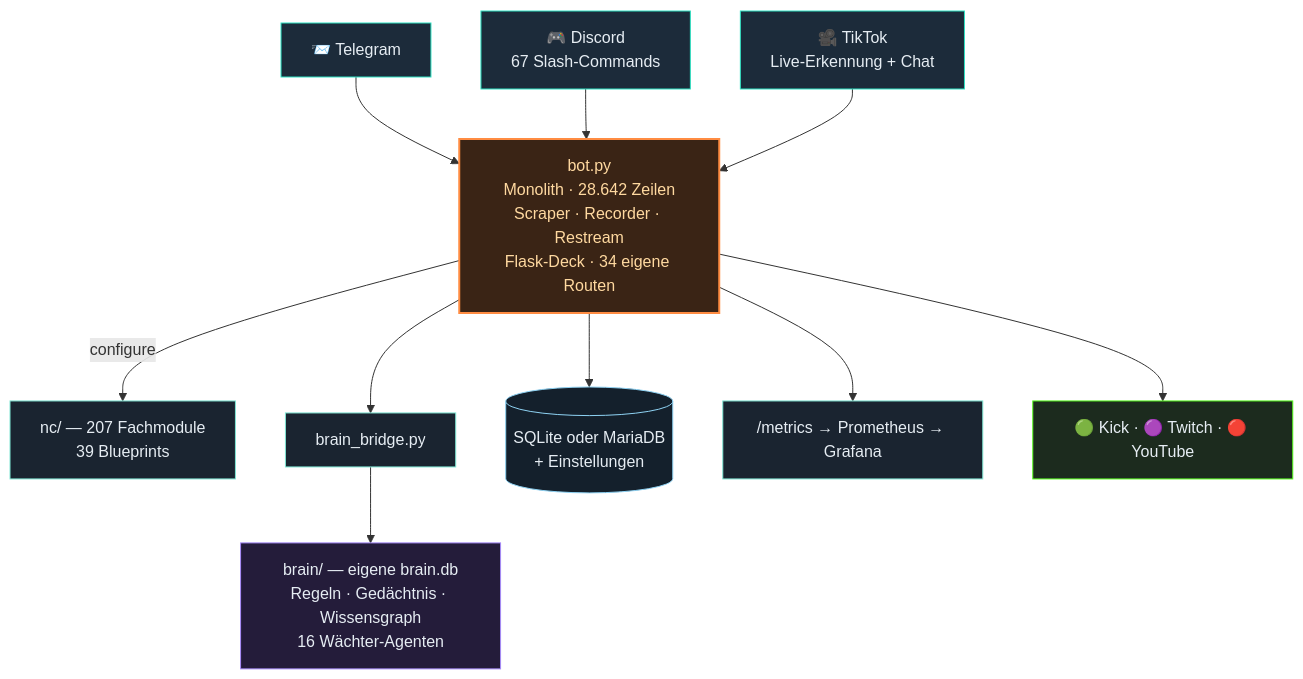
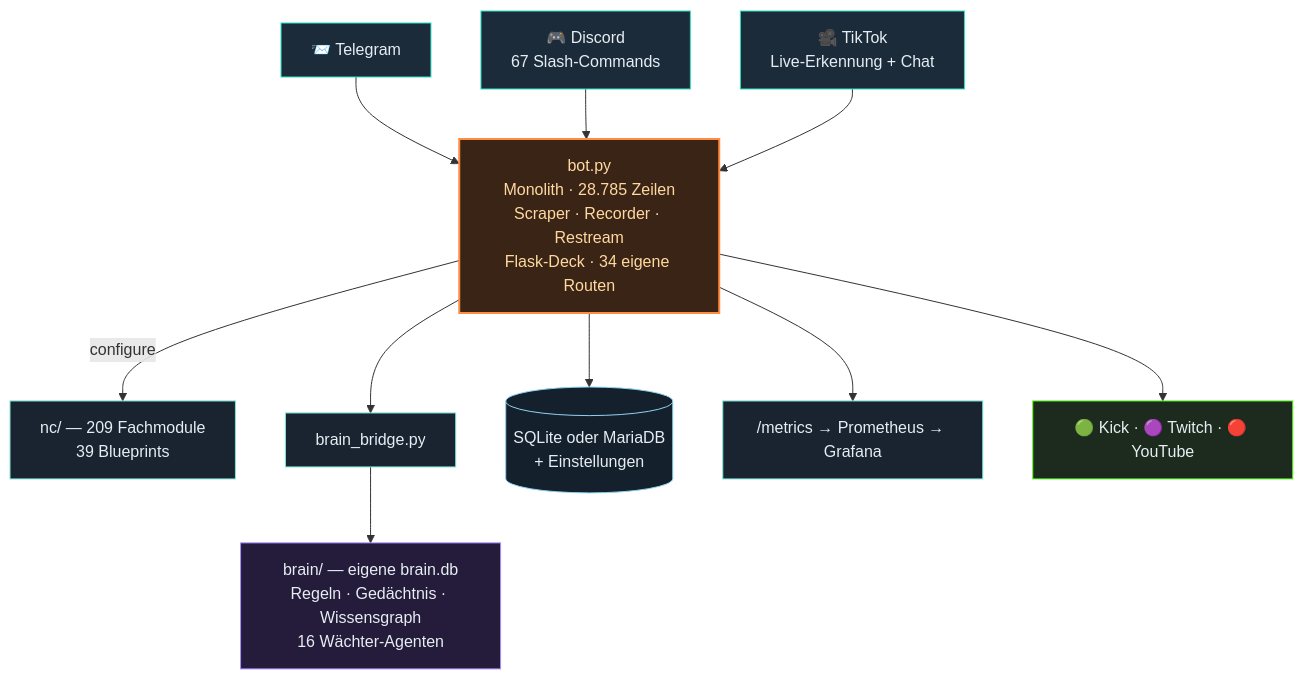
One commit to itsamemedev/Telegram-Stream-Info-Bot changed the second of 3 diagrams in README.md. Above: the diagram before and after it, drawn with Mermaid. The commit also changed other lines of this file and 21 other files, not shown here.

````diff
--- a/README.md
+++ b/README.md
@@ -118,19 +118,19 @@
 ```mermaid
 flowchart TB
     TG["📨 Telegram"]:::ein --> BOT
     DC["🎮 Discord<br/>67 Slash-Commands"]:::ein --> BOT
     TT["🎥 TikTok<br/>Live-Erkennung + Chat"]:::ein --> BOT
-    BOT["bot.py<br/>Monolith · 28.642 Zeilen<br/>Scraper · Recorder · Restream<br/>Flask-Deck · 34 eigene Routen"]:::core
-    BOT -->|configure| NC["nc/ — 207 Fachmodule<br/>39 Blueprints"]:::lib
+    BOT["bot.py<br/>Monolith · 28.785 Zeilen<br/>Scraper · Recorder · Restream<br/>Flask-Deck · 34 eigene Routen"]:::core
+    BOT -->|configure| NC["nc/ — 209 Fachmodule<br/>39 Blueprints"]:::lib
     BOT --> BR["brain_bridge.py"]:::lib
     BR --> BRAIN["brain/ — eigene brain.db<br/>Regeln · Gedächtnis · Wissensgraph<br/>16 Wächter-Agenten"]:::brain
     BOT --> DB[("SQLite oder MariaDB<br/>+ Einstellungen")]:::db
     BOT --> PROM["/metrics → Prometheus → Grafana"]:::lib
     BOT --> OUT["🟢 Kick · 🟣 Twitch · 🔴 YouTube"]:::out
     classDef ein fill:#1c2b3a,stroke:#2de1c2,color:#e6edf3
     classDef core fill:#3a2415,stroke:#ff8c42,stroke-width:2px,color:#ffd9a0
     classDef lib fill:#1a2430,stroke:#7fe7d4,color:#e6edf3
     classDef brain fill:#241c3a,stroke:#a78bfa,color:#e6edf3
     classDef db fill:#14202c,stroke:#8fd3f4,color:#e6edf3
     classDef out fill:#1c2b1e,stroke:#53fc18,color:#e6edf3
 ```
````
